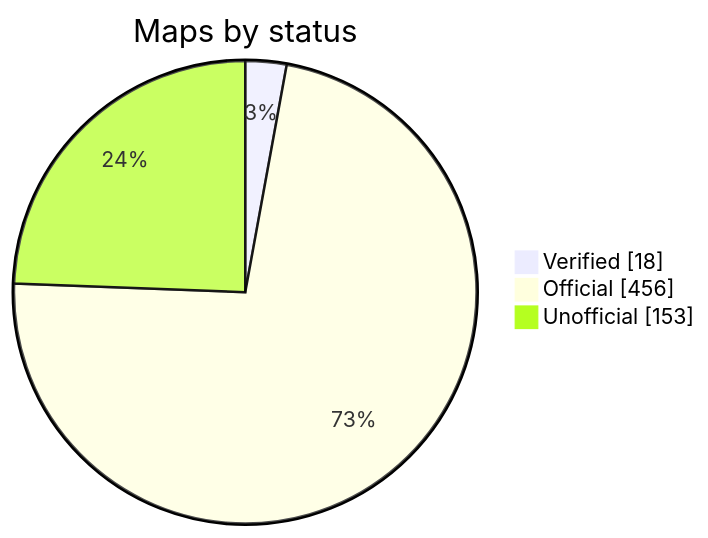
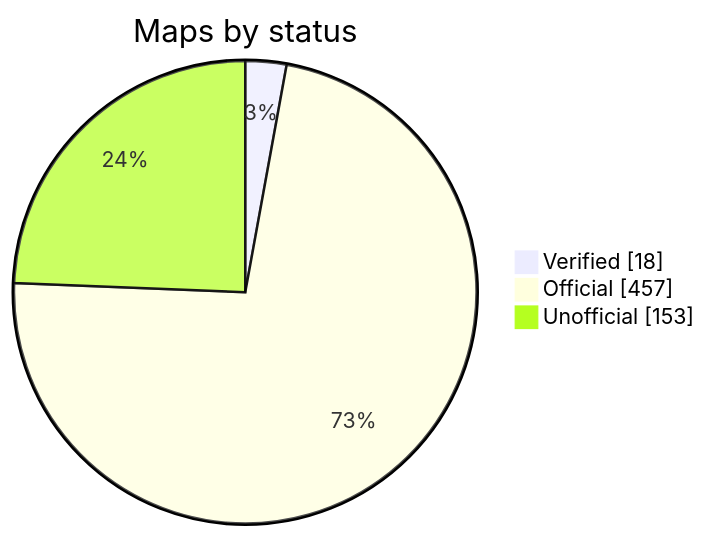
The diagram in README.md (nobrega8/mbmap-library), drawn with Mermaid before and after one commit. The commit also changed 6 other files, not shown here.

````diff
--- a/README.md
+++ b/README.md
@@ -52,7 +52,7 @@
 ```mermaid
 pie showData
     title Maps by status
     "Verified" : 18
-    "Official" : 456
+    "Official" : 457
     "Unofficial" : 153
 ```
````
